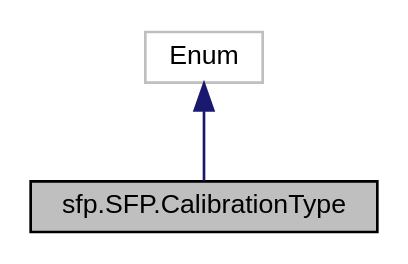
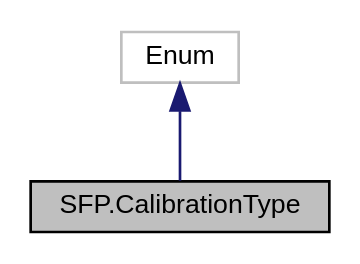
One commit to UTDCloudPlug/utdcloudplug.github.io changed the diagram in classsfp_1_1SFP_1_1CalibrationType__coll__graph.dot. Above: the diagram before and after it, drawn with Graphviz. The commit also changed 275 other files, not shown here.

```diff
--- a/classsfp_1_1SFP_1_1CalibrationType__coll__graph.dot
+++ b/classsfp_1_1SFP_1_1CalibrationType__coll__graph.dot
@@ -1,9 +1,9 @@
-digraph "sfp.SFP.CalibrationType"
+digraph "SFP.CalibrationType"
 {
  // LATEX_PDF_SIZE
   edge [fontname="Helvetica",fontsize="10",labelfontname="Helvetica",labelfontsize="10"];
   node [fontname="Helvetica",fontsize="10",shape=record];
-  Node1 [label="sfp.SFP.CalibrationType",height=0.2,width=0.4,color="black", fillcolor="grey75", style="filled", fontcolor="black",tooltip=" "];
+  Node1 [label="SFP.CalibrationType",height=0.2,width=0.4,color="black", fillcolor="grey75", style="filled", fontcolor="black",tooltip=" "];
   Node2 -> Node1 [dir="back",color="midnightblue",fontsize="10",style="solid",fontname="Helvetica"];
   Node2 [label="Enum",height=0.2,width=0.4,color="grey75", fillcolor="white", style="filled",tooltip=" "];
 }
```
